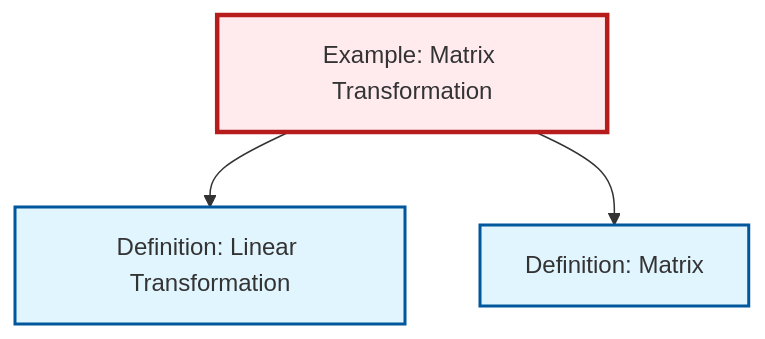
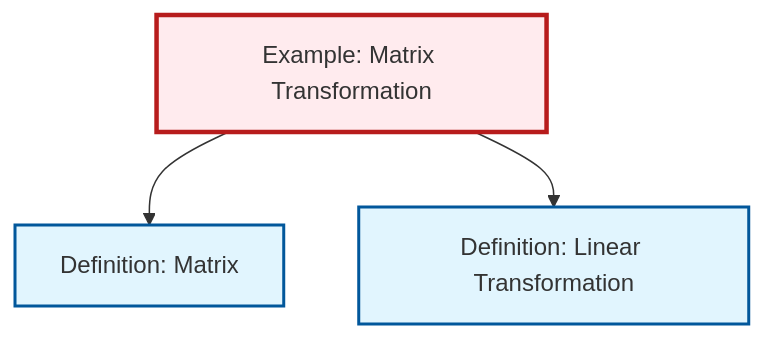
One commit to RK0429/ModernMath changed the diagram in content/en/algebra/ex-matrix-transformation.qmd. Above: the diagram before and after it, drawn with Mermaid. The commit also changed other lines of this file and 634 other files, not shown here.

````diff
--- a/content/en/algebra/ex-matrix-transformation.qmd
+++ b/content/en/algebra/ex-matrix-transformation.qmd
@@ -52,17 +52,17 @@
 ```{mermaid}
 %%| fig-cap: "Local dependency graph"
 graph TD
     classDef definition fill:#e1f5fe,stroke:#01579b,stroke-width:2px
     classDef theorem fill:#f3e5f5,stroke:#4a148c,stroke-width:2px
     classDef axiom fill:#fff3e0,stroke:#e65100,stroke-width:2px
     classDef example fill:#e8f5e9,stroke:#1b5e20,stroke-width:2px
     classDef current fill:#ffebee,stroke:#b71c1c,stroke-width:3px
     def-matrix["Definition: Matrix"]:::definition
     def-linear-transformation["Definition: Linear Transformation"]:::definition
     ex-matrix-transformation["Example: Matrix Transformation"]:::example
+    ex-matrix-transformation --> def-matrix
     ex-matrix-transformation --> def-linear-transformation
-    ex-matrix-transformation --> def-matrix
     class ex-matrix-transformation current
     click def-matrix "def-matrix.html" "Go to Matrix definition"
     click def-linear-transformation "def-linear-transformation.html" "Go to Linear Transformation definition"
 ```
````
